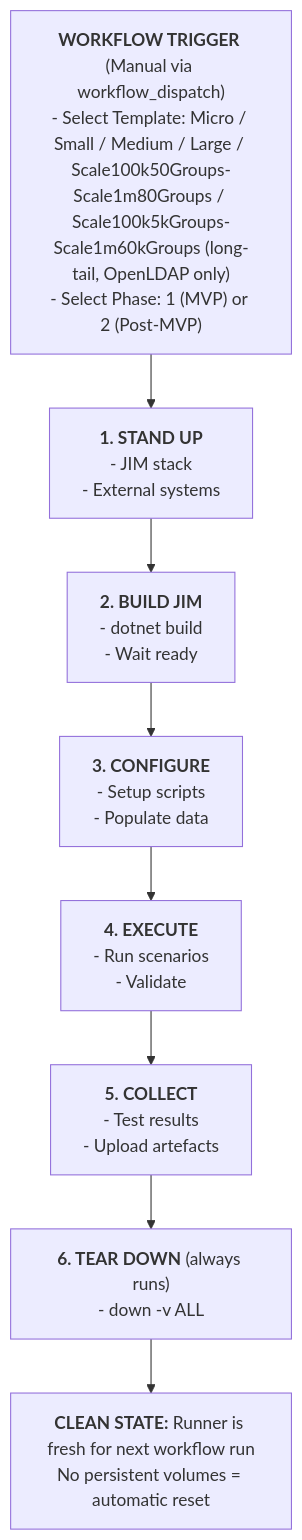
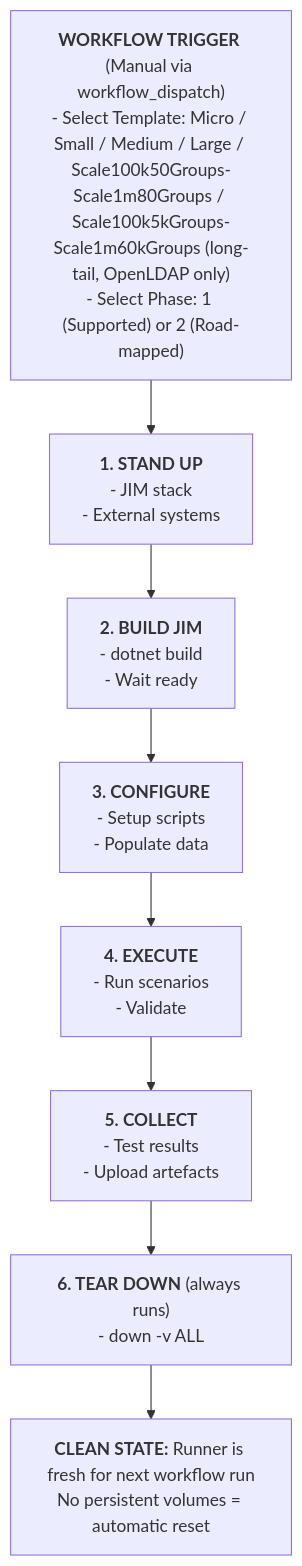
Before and after one commit to TetronIO/JIM: the second of 4 diagrams in engineering/INTEGRATION_TESTING.md, drawn with Mermaid. The commit also changed other lines of this file, not shown here.

````diff
--- a/engineering/INTEGRATION_TESTING.md
+++ b/engineering/INTEGRATION_TESTING.md
@@ -245,12 +254,12 @@
 ```mermaid
 flowchart TD
-    T["<b>WORKFLOW TRIGGER</b> (Manual via workflow_dispatch)<br/>- Select Template: Micro / Small / Medium / Large / Scale100k50Groups-Scale1m80Groups / Scale100k5kGroups-Scale1m60kGroups (long-tail, OpenLDAP only)<br/>- Select Phase: 1 (MVP) or 2 (Post-MVP)"]
+    T["<b>WORKFLOW TRIGGER</b> (Manual via workflow_dispatch)<br/>- Select Template: Micro / Small / Medium / Large / Scale100k50Groups-Scale1m80Groups / Scale100k5kGroups-Scale1m60kGroups (long-tail, OpenLDAP only)<br/>- Select Phase: 1 (Supported) or 2 (Road-mapped)"]
     S1["<b>1. STAND UP</b><br/>- JIM stack<br/>- External systems"]
     S2["<b>2. BUILD JIM</b><br/>- dotnet build<br/>- Wait ready"]
     S3["<b>3. CONFIGURE</b><br/>- Setup scripts<br/>- Populate data"]
     S4["<b>4. EXECUTE</b><br/>- Run scenarios<br/>- Validate"]
     S5["<b>5. COLLECT</b><br/>- Test results<br/>- Upload artefacts"]
     S6["<b>6. TEAR DOWN</b> (always runs)<br/>- down -v ALL"]
     C["<b>CLEAN STATE:</b> Runner is fresh for next workflow run<br/>No persistent volumes = automatic reset"]
     T --> S1 --> S2 --> S3 --> S4 --> S5 --> S6 --> C
 ```
````
